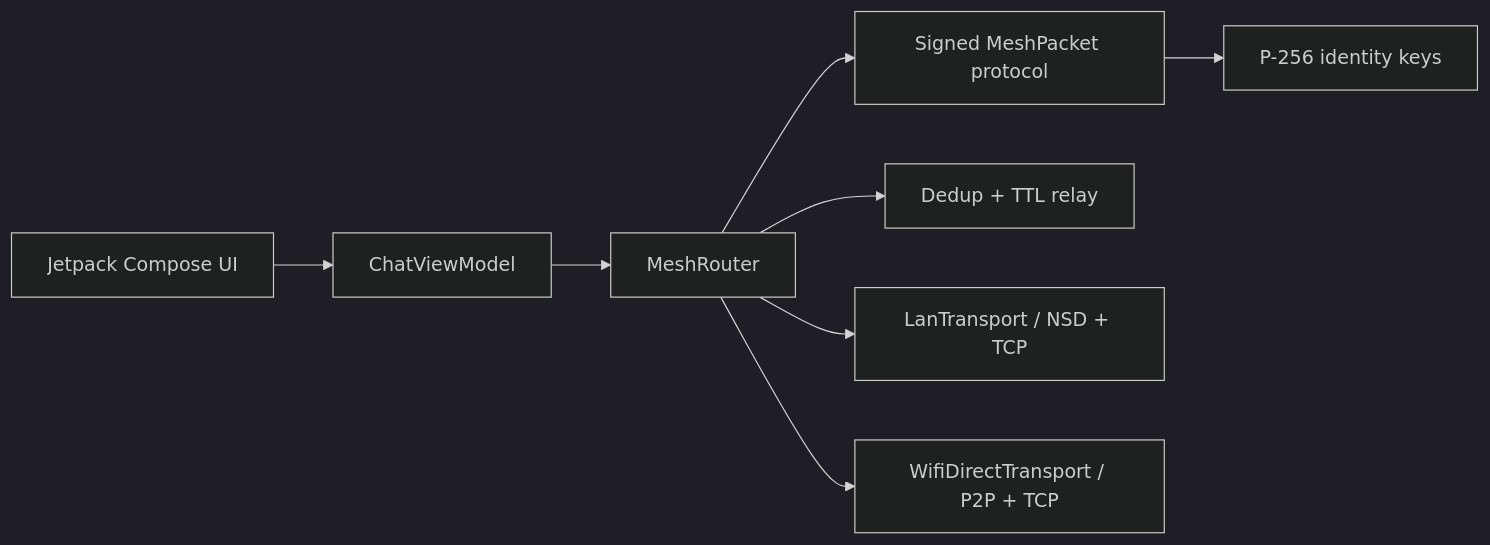
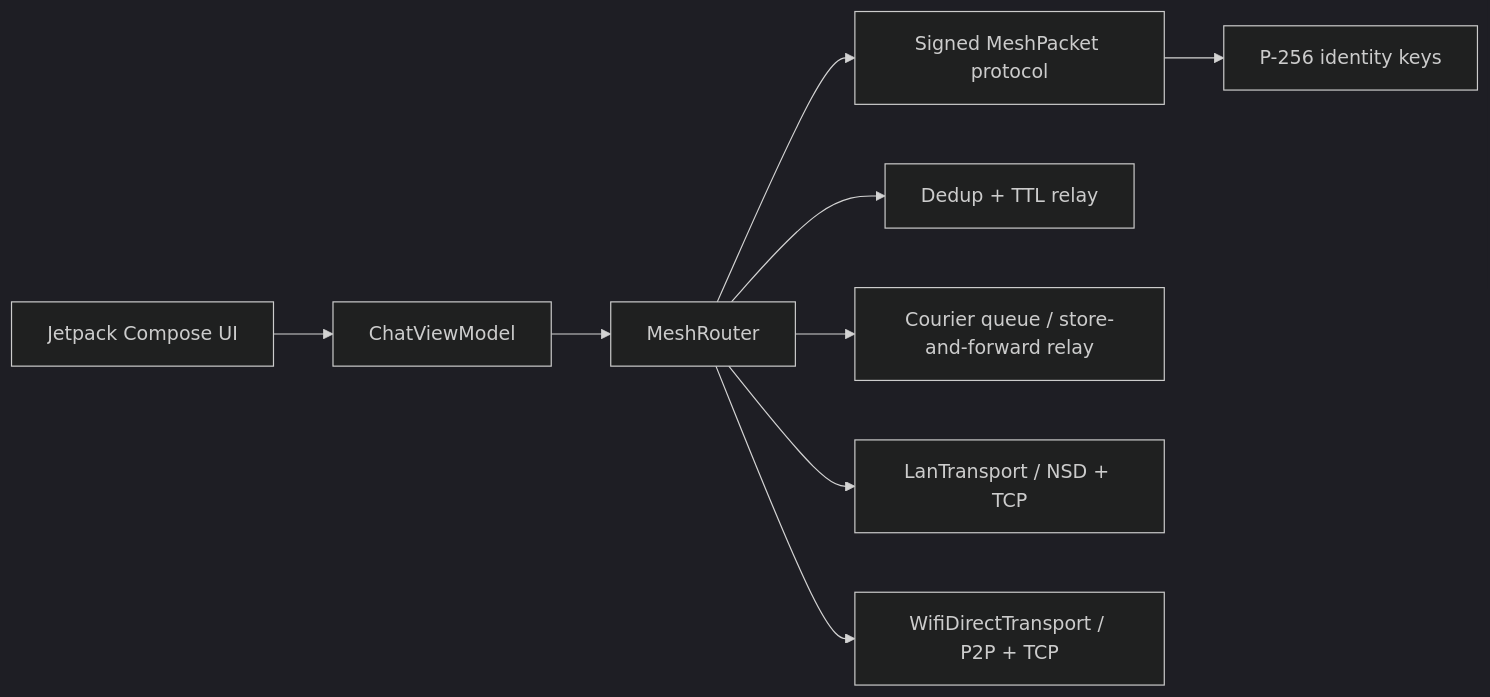
Before and after one commit to thanhaq/airchat-android: the diagram in README.md, drawn with Mermaid (dark theme). The commit also changed other lines of this file and 11 other files, not shown here.

Commit message:
Add courier store-and-forward relay

````diff
--- a/README.md
+++ b/README.md
@@ -43,10 +43,11 @@
 ```mermaid
 flowchart LR
     UI["Jetpack Compose UI"] --> VM["ChatViewModel"]
     VM --> Router["MeshRouter"]
     Router --> Protocol["Signed MeshPacket protocol"]
     Router --> Dedup["Dedup + TTL relay"]
+    Router --> Courier["Courier queue / store-and-forward relay"]
     Router --> LAN["LanTransport / NSD + TCP"]
     Router --> P2P["WifiDirectTransport / P2P + TCP"]
     Protocol --> Identity["P-256 identity keys"]
 ```
````
